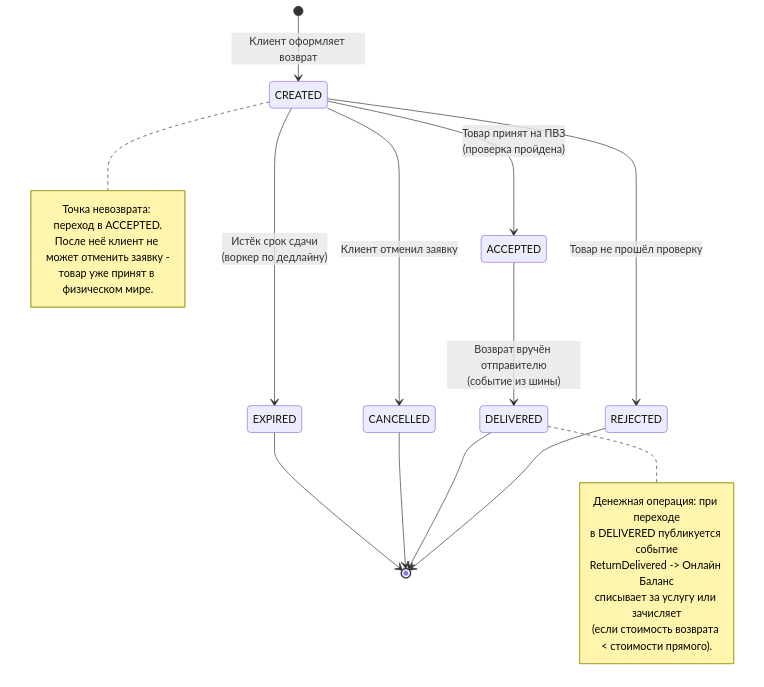
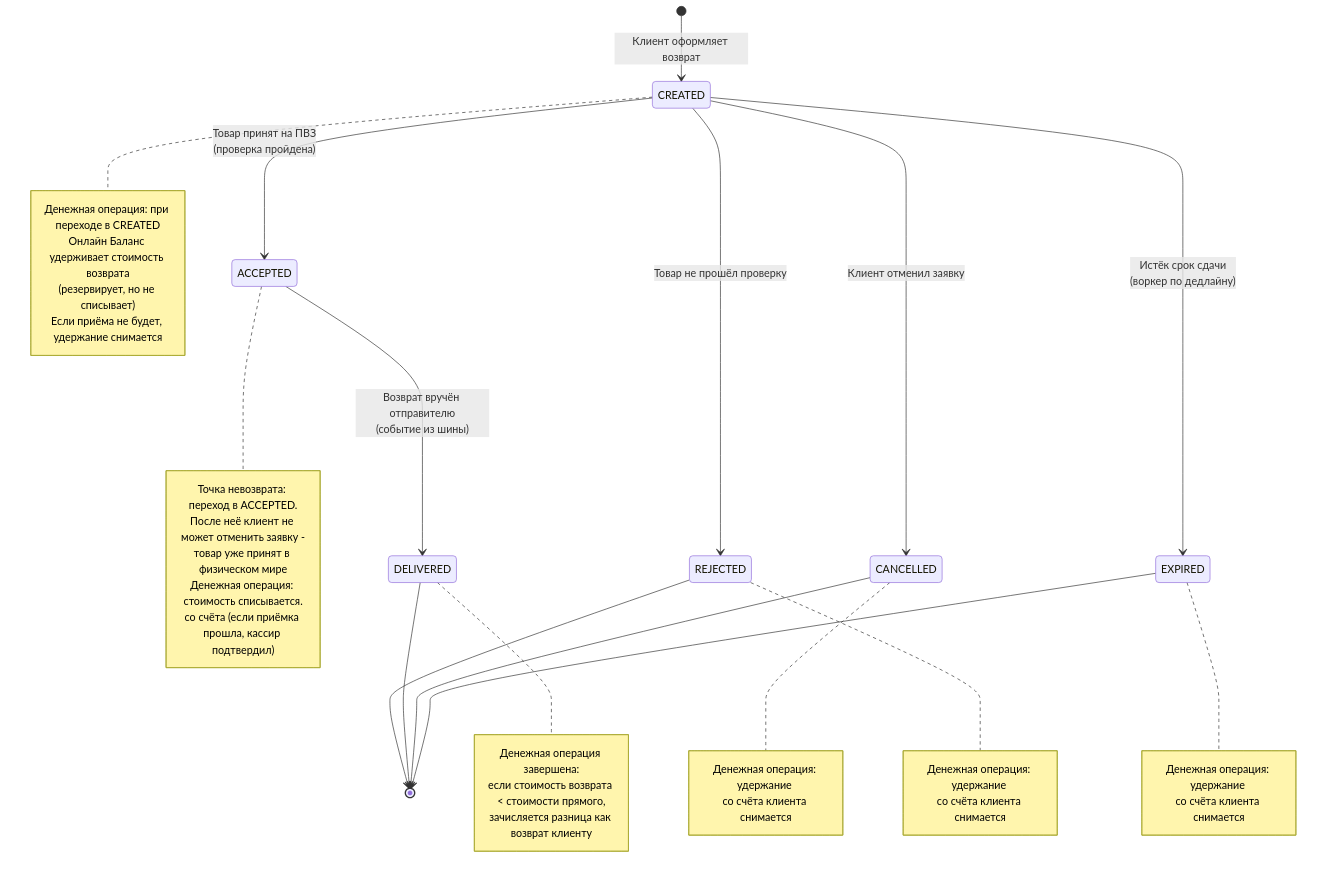
Before and after one commit to okhovrin/Innopolis_Postal-Business-Platform: the diagram in submissions/slickip/b-states.md, drawn with Mermaid. The commit also changed other lines of this file and 1 other file, not shown here.

Commit message:
fix: диаграммы и денежная модель - Заменены кавычки в Mermaid, переработана денежная модель З-7: удержание->CREATED, списание->ACCEPTED, снятие->CANCELLED/REJECTED/EXPIRED

````diff
--- a/submissions/slickip/b-states.md
+++ b/submissions/slickip/b-states.md
@@ -24,30 +24,52 @@
 ```mermaid
 stateDiagram-v2
     [*] --> CREATED: Клиент оформляет возврат
 
     CREATED --> ACCEPTED: Товар принят на ПВЗ<br/>(проверка пройдена)
     CREATED --> REJECTED: Товар не прошёл проверку
     CREATED --> CANCELLED: Клиент отменил заявку
     CREATED --> EXPIRED: Истёк срок сдачи<br/>(воркер по дедлайну)
 
     ACCEPTED --> DELIVERED: Возврат вручён отправителю<br/>(событие из шины)
 
     REJECTED --> [*]
     DELIVERED --> [*]
     CANCELLED --> [*]
     EXPIRED --> [*]
 
     note right of CREATED
+        Денежная операция: при переходе в CREATED
+        Онлайн Баланс удерживает стоимость возврата
+        (резервирует, но не списывает)
+        Если приёма не будет, удержание снимается
+    end note
+ 
+    note right of ACCEPTED
         Точка невозврата: переход в ACCEPTED.
         После неё клиент не может отменить заявку -
-        товар уже принят в физическом мире.
+        товар уже принят в физическом мире
+        Денежная операция: стоимость списывается.
+        со счёта (если приёмка прошла, кассир подтвердил)
     end note
-
+ 
     note right of DELIVERED
-        Денежная операция: при переходе
-        в DELIVERED публикуется событие
-        ReturnDelivered -> Онлайн Баланс
-        списывает за услугу или зачисляет
-        (если стоимость возврата < стоимости прямого).
+        Денежная операция завершена:
+        если стоимость возврата < стоимости прямого,
+        зачисляется разница как возврат клиенту
+    end note
+    
+    note right of CANCELLED
+        Денежная операция: удержание 
+        со счёта клиента снимается
+    end note
+    
+    note right of REJECTED
+        Денежная операция: удержание 
+        со счёта клиента снимается
+    end note
+    
+    note right of EXPIRED
+        Денежная операция: удержание 
+        со счёта клиента снимается
     end note
 ```
````
